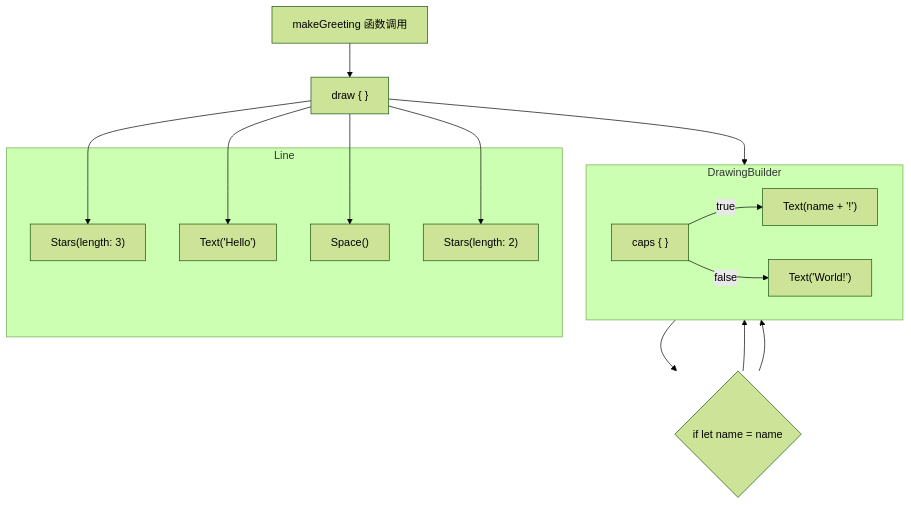
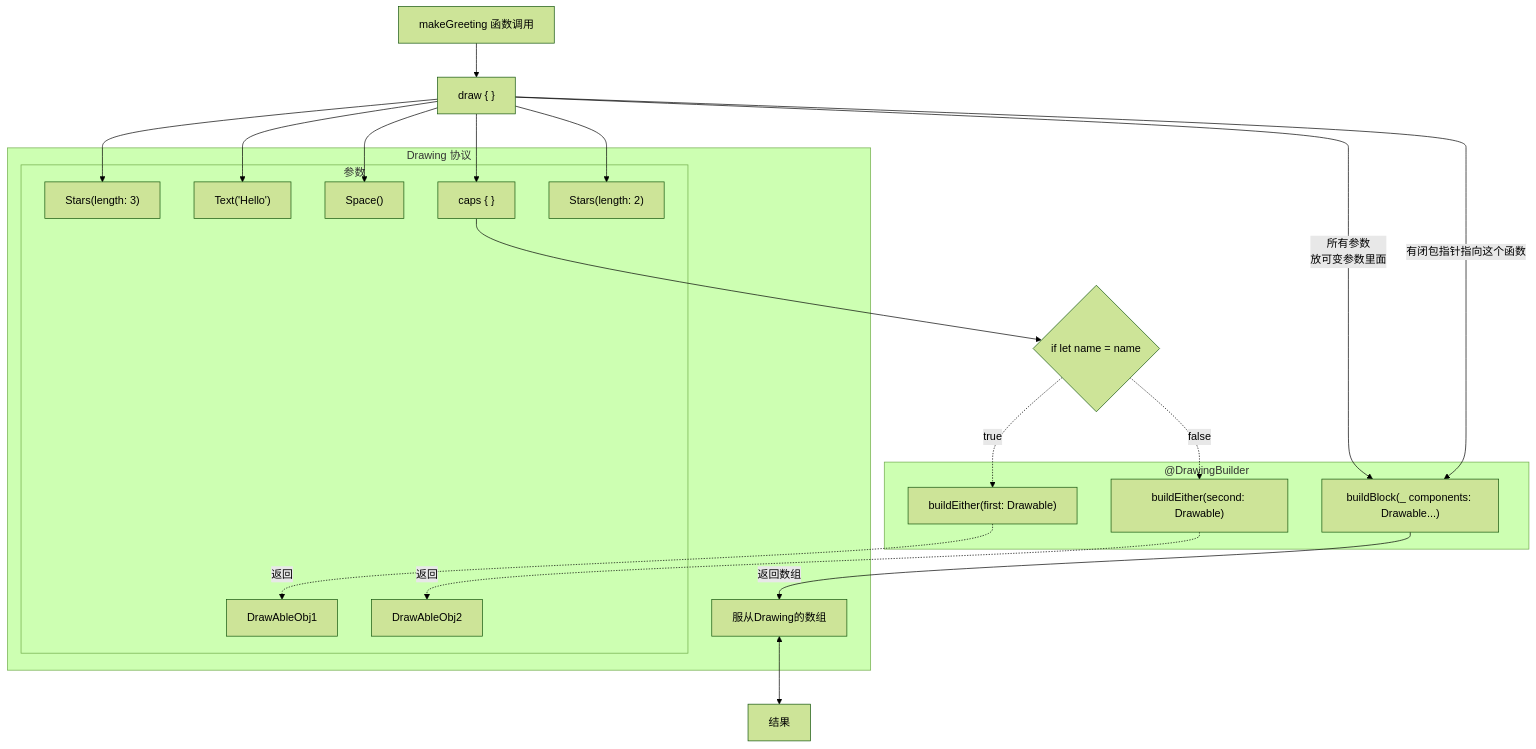
Before and after one commit to xor218/xor218.github.io: the first of 3 diagrams in Notes/Swift/2024-07-30-Advanced-Operators.md, drawn with Mermaid (forest theme). The commit also changed other lines of this file and 1 other file, not shown here.

Commit message:
update resultBuild的一些内容，方便自己理解

````diff
--- a/Notes/Swift/2024-07-30-Advanced-Operators.md
+++ b/Notes/Swift/2024-07-30-Advanced-Operators.md
@@ -828,27 +811,43 @@
 ```mermaid
-flowchart TD
+flowchart TB
     A[makeGreeting 函数调用] --> B["draw { }"]
     B --> C["Stars(length: 3)"]
     B --> D["Text('Hello')"]
     B --> E["Space()"]
     B --> F["caps { }"]
-    B --> G["Stars(length: 2)"]
+    B -->G["Stars(length: 2)"]
+    
     F --> H{if let name = name}
-    H --> I["Text(name + '!')"]
-    H --> J["Text('World!')"]
+    H -.-> |true| buildEither1["buildEither(first: Drawable)"] -.-> |返回| DrawAbleObj1
+    H -.-> |false| buildEither2["buildEither(second: Drawable)"] -.-> |返回| DrawAbleObj2
+    Array <--> Result[结果]
+    
 
-    subgraph DrawingBuilder
-        direction LR
-        F --> |true| I
-        F --> |false| J
-    end
 
-    subgraph Line
+    subgraph DrawingProtocol["Drawing 协议"]
+    subgraph 参数
         C
         D
         E
-        I
-        J
+        F
         G
+  
+        DrawAbleObj1
+        DrawAbleObj2
+          end
+        Array["服从Drawing的数组"]
     end
+
+    subgraph DrawingBuilder["@DrawingBuilder"]
+        buildBlock["buildBlock(_ components: Drawable...)"]
+        buildEither1
+        buildEither2
+    end
+    
+
+    B --> |所有参数\n放可变参数里面| buildBlock
+    B --> |有闭包指针指向这个函数| buildBlock
+    buildBlock  --> |返回数组| Array["服从Drawing的数组"]
+    
+  
 ```
````
